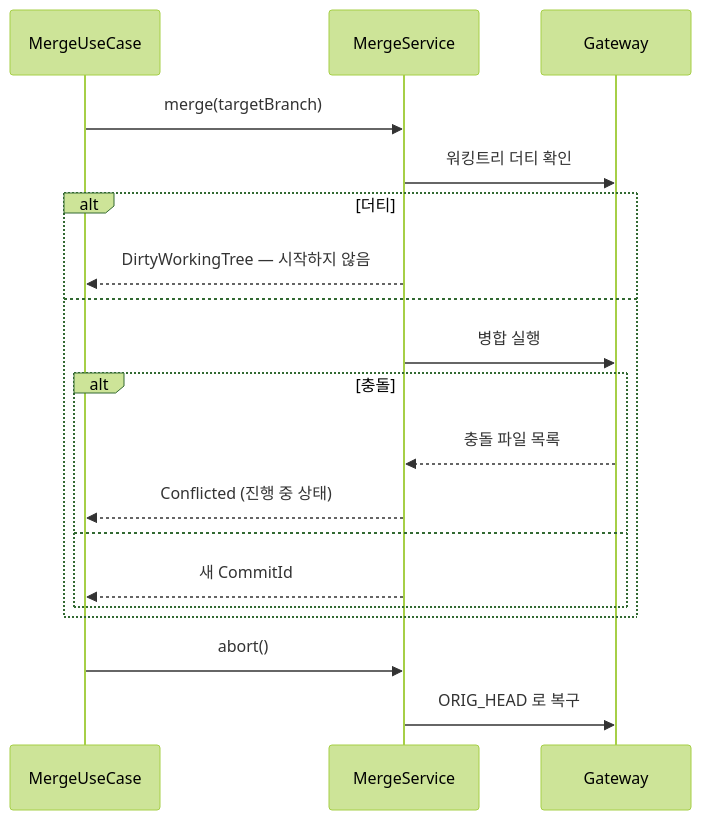
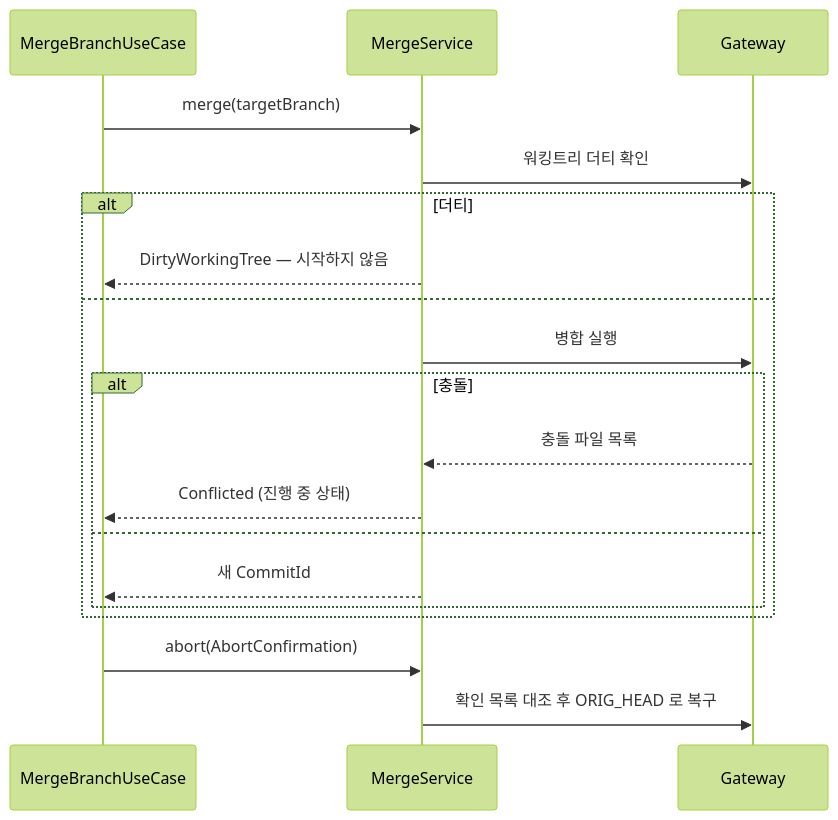
One commit to biuea3866/gitkraken-clone-app changed the first of 2 diagrams in tickets/UND-21-merge-rebase-execution.md. Above: the diagram before and after it, drawn with Mermaid (forest theme). The commit also changed other lines of this file and 17 other files, not shown here.

````diff
--- a/tickets/UND-21-merge-rebase-execution.md
+++ b/tickets/UND-21-merge-rebase-execution.md
@@ -35,21 +45,21 @@
 ```mermaid
 sequenceDiagram
-    participant UC as MergeUseCase
+    participant UC as MergeBranchUseCase
     participant DS as MergeService
     participant GW as Gateway
     UC->>DS: merge(targetBranch)
     DS->>GW: 워킹트리 더티 확인
     alt 더티
         DS-->>UC: DirtyWorkingTree — 시작하지 않음
     else
         DS->>GW: 병합 실행
         alt 충돌
             GW-->>DS: 충돌 파일 목록
             DS-->>UC: Conflicted (진행 중 상태)
         else
             DS-->>UC: 새 CommitId
         end
     end
-    UC->>DS: abort()
-    DS->>GW: ORIG_HEAD 로 복구
+    UC->>DS: abort(AbortConfirmation)
+    DS->>GW: 확인 목록 대조 후 ORIG_HEAD 로 복구
 ```
````
